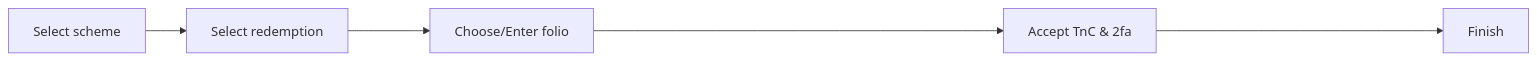
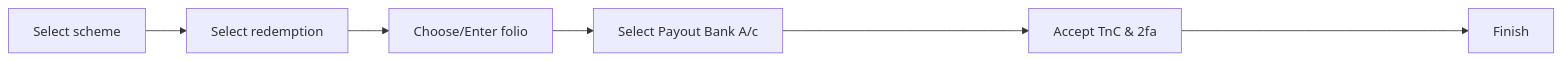
One commit to ONDC-Official/ONDC-FIS-Specifications changed the second of 2 diagrams in api/components/docs/README.md. Above: the diagram before and after it, drawn with Mermaid. The commit also changed 12 other files, not shown here.

Commit message:
updating redemption flow to include selection of payout bank

````diff
--- a/api/components/docs/README.md
+++ b/api/components/docs/README.md
@@ -55,7 +55,8 @@
 ```mermaid
 flowchart LR
     scheme[Select scheme] --> order[Select redemption]
-    order ---> choose_folio[Choose/Enter folio]
-    choose_folio -----------> 2fa[Accept TnC & 2fa]
+    order --> choose_folio[Choose/Enter folio]
+    choose_folio --> select_bank[Select Payout Bank A/c]
+    select_bank -------> 2fa[Accept TnC & 2fa]
     2fa --------> finish[Finish]
 ```
````
